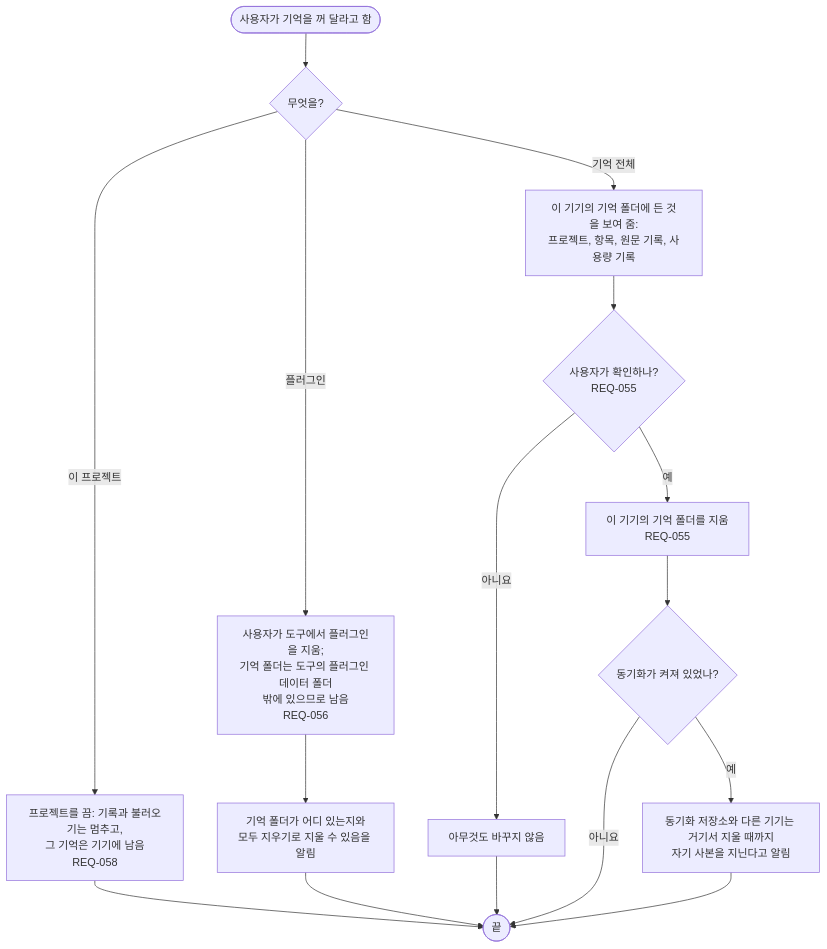
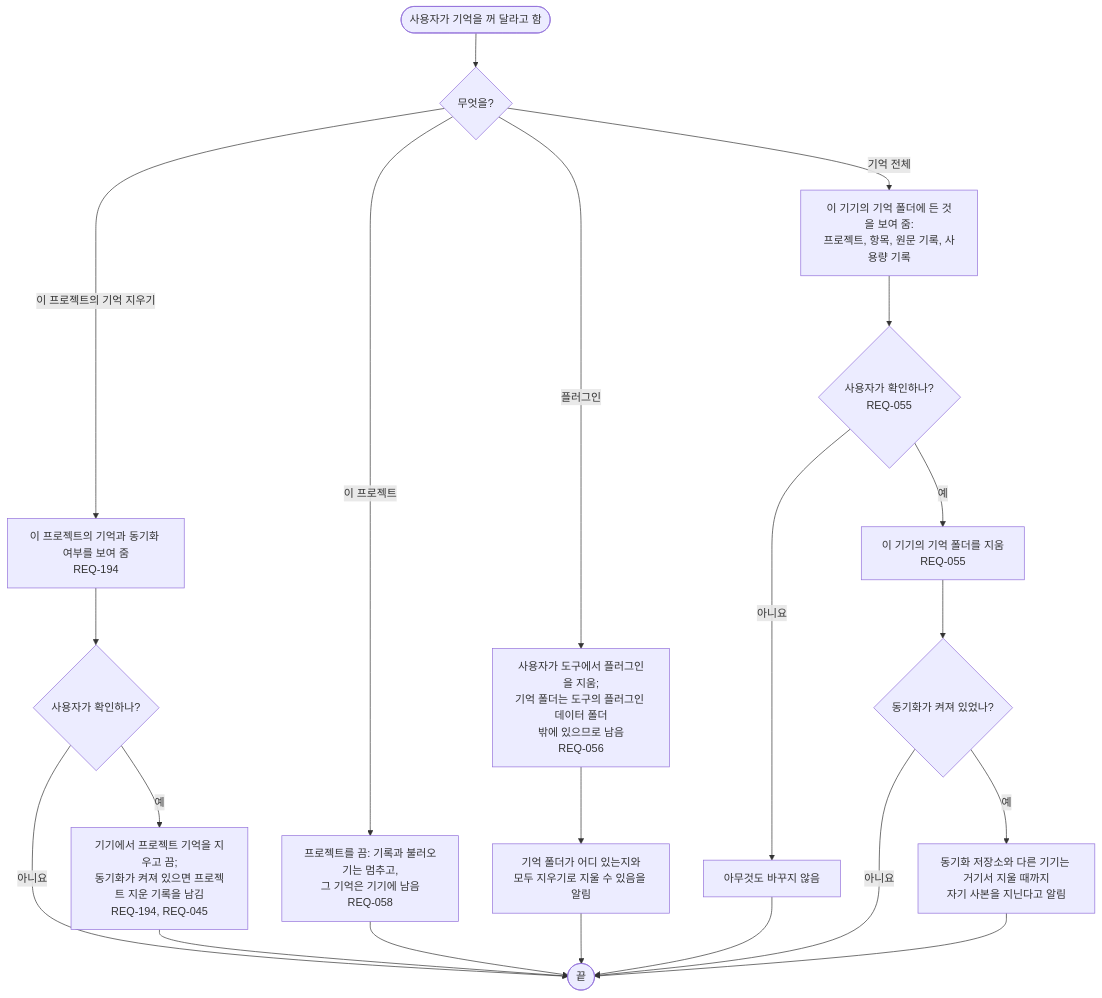
The diagram in docs/03-user-flow/memory/FL-011-turn-memory-off.ko.md (kodonghui/corthex), drawn with Mermaid before and after one commit. The commit also changed other lines of this file and 32 other files, not shown here.

````diff
--- a/docs/03-user-flow/memory/FL-011-turn-memory-off.ko.md
+++ b/docs/03-user-flow/memory/FL-011-turn-memory-off.ko.md
@@ -9,18 +9,23 @@
 ```mermaid
 flowchart TD
   A(["사용자가 기억을 꺼 달라고 함"]) --> B{"무엇을?"}
+  B -->|이 프로젝트의 기억 지우기| P["이 프로젝트의 기억과 동기화 여부를 보여 줌<br/>REQ-194"]
+  P --> Q{"사용자가 확인하나?"}
+  Q -->|아니요| Z
+  Q -->|예| R["기기에서 프로젝트 기억을 지우고 끔;<br/>동기화가 켜져 있으면 프로젝트 지운 기록을 남김<br/>REQ-194, REQ-045"]
+  R --> Z
   B -->|이 프로젝트| C["프로젝트를 끔: 기록과 불러오기는 멈추고,<br/>그 기억은 기기에 남음<br/>REQ-058"]
   C --> Z(["끝"])
   B -->|플러그인| D["사용자가 도구에서 플러그인을 지움;<br/>기억 폴더는 도구의 플러그인 데이터 폴더<br/>밖에 있으므로 남음<br/>REQ-056"]
   D --> D1["기억 폴더가 어디 있는지와<br/>모두 지우기로 지울 수 있음을 알림"]
   D1 --> Z
   B -->|기억 전체| E["이 기기의 기억 폴더에 든 것을 보여 줌:<br/>프로젝트, 항목, 원문 기록, 사용량 기록"]
   E --> F{"사용자가 확인하나?<br/>REQ-055"}
   F -->|아니요| F1["아무것도 바꾸지 않음"]
   F1 --> Z
   F -->|예| G["이 기기의 기억 폴더를 지움<br/>REQ-055"]
   G --> H{"동기화가 켜져 있었나?"}
   H -->|아니요| Z
   H -->|예| I["동기화 저장소와 다른 기기는 거기서 지울 때까지<br/>자기 사본을 지닌다고 알림"]
   I --> Z
 ```
````
